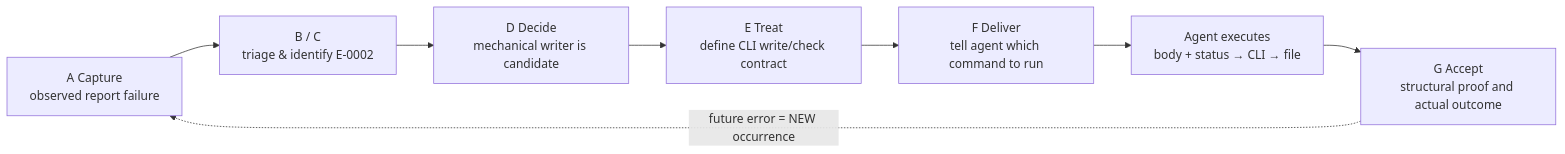
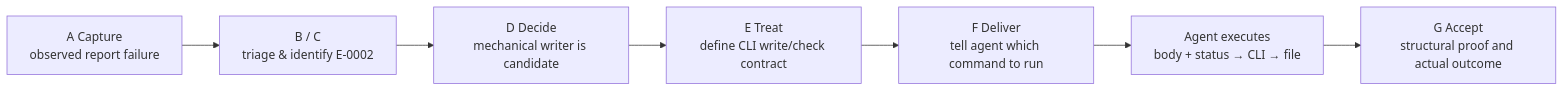
Before and after one commit to dyphn1/Harness-everything: the second of 2 diagrams in docs/discussions/error-handling/actions/treat-e0002.md, drawn with Mermaid. The commit also changed other lines of this file, not shown here.

Commit message:
docs(error-handling): keep E-0002 recurrence outside the Action flow

````diff
--- a/docs/discussions/error-handling/actions/treat-e0002.md
+++ b/docs/discussions/error-handling/actions/treat-e0002.md
@@ -77,10 +77,9 @@
 ```mermaid
 flowchart LR
     A["A Capture<br/>observed report failure"] --> B["B / C<br/>triage & identify E-0002"]
     B --> D["D Decide<br/>mechanical writer is candidate"]
     D --> E["E Treat<br/>define CLI write/check contract"]
     E --> F["F Deliver<br/>tell agent which command to run"]
     F --> RUN["Agent executes<br/>body + status → CLI → file"]
     RUN --> G["G Accept<br/>structural proof and actual outcome"]
-    G -. "future error = NEW occurrence" .-> A
 ```
````
